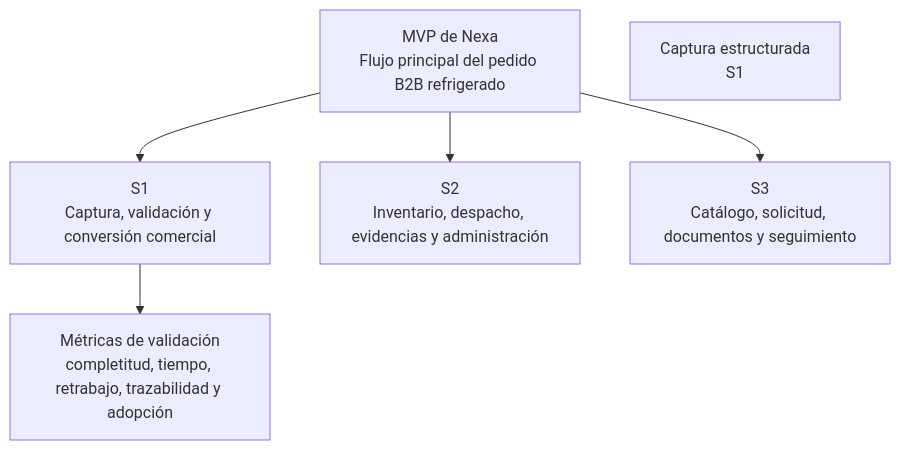
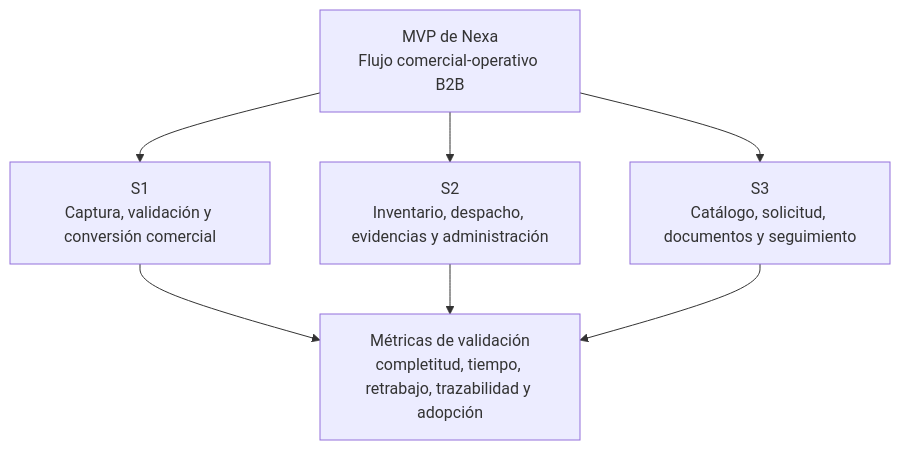
The fourth of 4 diagrams in report/10-chapter-1-introduction/1-3-target-segments.md (upc-pre-202610-1asi0730-12242-king/nexa-ecosystem-report), drawn with Mermaid before and after one commit. The commit also changed other lines of this file and 1 other file, not shown here.

````diff
--- a/report/10-chapter-1-introduction/1-3-target-segments.md
+++ b/report/10-chapter-1-introduction/1-3-target-segments.md
@@ -410,15 +424,15 @@
 ```mermaid
 flowchart TD
     MVP["MVP de Nexa\nFlujo comercial-operativo B2B"]
     S1["S1\nCaptura, validación y conversión comercial"]
     S2["S2\nInventario, despacho, evidencias y administración"]
     S3["S3\nCatálogo, solicitud, documentos y seguimiento"]
     MET["Métricas de validación\ncompletitud, tiempo, retrabajo, trazabilidad y adopción"]
 
     MVP --> S1
     MVP --> S2
     MVP --> S3
     S1 --> MET
-    MVP["MVP de Nexa\nFlujo principal del pedido B2B refrigerado"]
-    CAP["Captura estructurada\nS1"]
+    S2 --> MET
+    S3 --> MET
 ```
````
